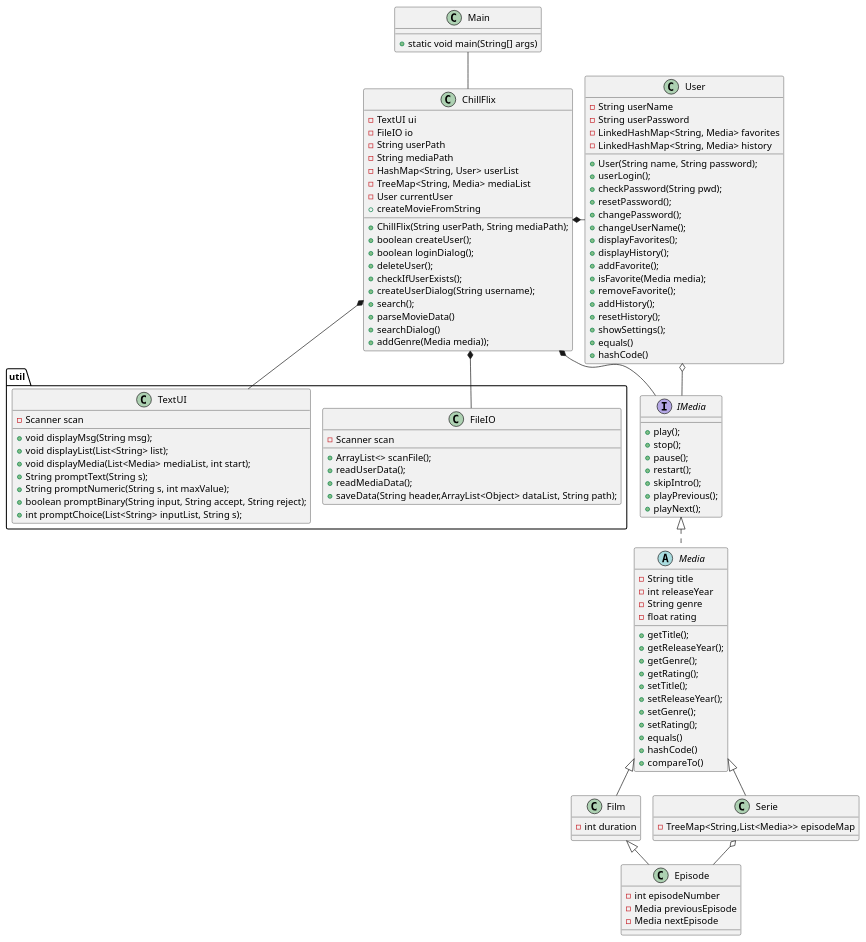
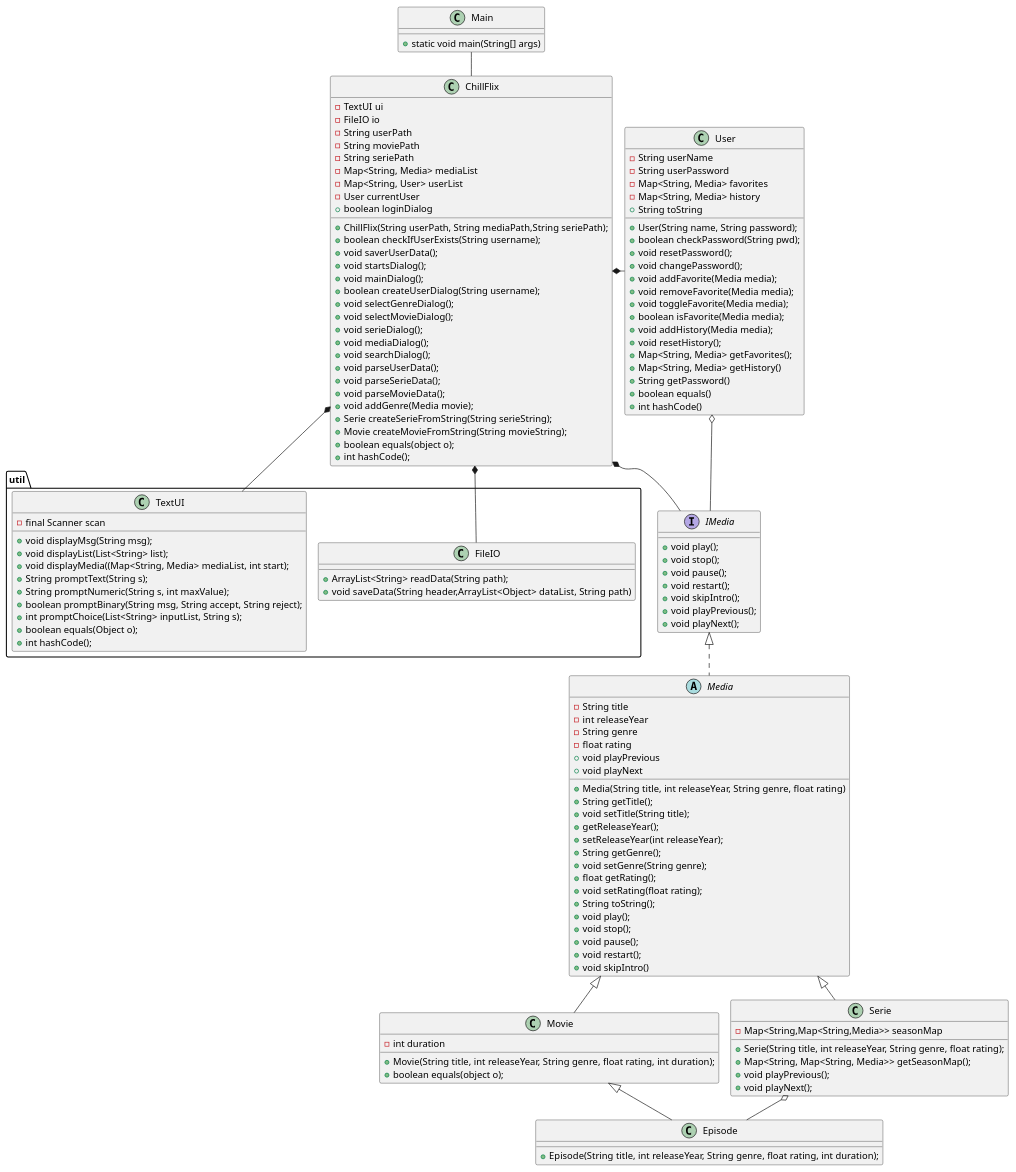
One commit to Falcho/SP3 changed the diagram in docs/classDiagram.puml. Above: the diagram before and after it, drawn with PlantUML.

Commit message:
rettet klassediagrammet:)

```diff
--- a/docs/classDiagram.puml
+++ b/docs/classDiagram.puml
@@ -1,128 +1,149 @@
 @startuml
 'https://plantuml.com/class-diagram
 !pragma layout smetana
 
 Class Main{
 +static void main(String[] args)
 }
 
 Class ChillFlix{
 -TextUI ui
 -FileIO io
 -String userPath
--String mediaPath
--HashMap<String, User> userList
--TreeMap<String, Media> mediaList
+-String moviePath
+-String seriePath
+-Map<String, Media> mediaList
+-Map<String, User> userList
 -User currentUser
-+ChillFlix(String userPath, String mediaPath);
-+boolean createUser();
-+boolean loginDialog();
-+deleteUser();
-+checkIfUserExists();
-+createUserDialog(String username);
-+search();
-+parseMovieData()
-+createMovieFromString
-+searchDialog()
-+addGenre(Media media));
++ChillFlix(String userPath, String mediaPath,String seriePath);
++boolean checkIfUserExists(String username);
++void saverUserData();
++void startsDialog();
++void mainDialog();
++boolean loginDialog
++boolean createUserDialog(String username);
++void selectGenreDialog();
++void selectMovieDialog();
++void serieDialog();
++void mediaDialog();
++void searchDialog();
++void parseUserData();
++void parseSerieData();
++void parseMovieData();
++void addGenre(Media movie);
++Serie createSerieFromString(String serieString);
++Movie createMovieFromString(String movieString);
++boolean equals(object o);
++int hashCode();
 }
 
 
 Class User{
 -String userName
 -String userPassword
--LinkedHashMap<String, Media> favorites
--LinkedHashMap<String, Media> history
+-Map<String, Media> favorites
+-Map<String, Media> history
 +User(String name, String password);
-+userLogin();
-+checkPassword(String pwd);
-+resetPassword();
-+changePassword();
-+changeUserName();
-+displayFavorites();
-+displayHistory();
-+addFavorite();
-+isFavorite(Media media);
-+removeFavorite();
-+addHistory();
-+resetHistory();
-+showSettings();
-+equals()
-+hashCode()
++boolean checkPassword(String pwd);
++void resetPassword();
++void changePassword();
++void addFavorite(Media media);
++void removeFavorite(Media media);
++void toggleFavorite(Media media);
++boolean isFavorite(Media media);
++void addHistory(Media media);
++void resetHistory();
++Map<String, Media> getFavorites();
++Map<String, Media> getHistory()
++String getPassword()
++boolean equals()
++int hashCode()
++String toString
 }
 
 Interface IMedia{
-+play();
-+stop();
-+pause();
-+restart();
-+skipIntro();
-+playPrevious();
-+playNext();
++void play();
++void stop();
++void pause();
++void restart();
++void skipIntro();
++void playPrevious();
++void playNext();
 }
 abstract Class Media{
 -String title
 -int releaseYear
 -String genre
 -float rating
-+getTitle();
++Media(String title, int releaseYear, String genre, float rating)
++String getTitle();
++void setTitle(String title);
 +getReleaseYear();
-+getGenre();
-+getRating();
-+setTitle();
-+setReleaseYear();
-+setGenre();
-+setRating();
-+equals()
-+hashCode()
-+compareTo()
++setReleaseYear(int releaseYear);
++String getGenre();
++void setGenre(String genre);
++float getRating();
++void setRating(float rating);
++String toString();
++void play();
++void stop();
++void pause();
++void restart();
++void skipIntro()
++void playPrevious
++void playNext
 }
 
-Class Film {
+Class Movie {
 -int duration
++Movie(String title, int releaseYear, String genre, float rating, int duration);
++boolean equals(object o);
 }
 
 Class Serie{
--TreeMap<String,List<Media>> episodeMap
+-Map<String,Map<String,Media>> seasonMap
++Serie(String title, int releaseYear, String genre, float rating);
++Map<String, Map<String, Media>> getSeasonMap();
++void playPrevious();
++ void playNext();
 }
 
 
 Class Episode{
--int episodeNumber
--Media previousEpisode
--Media nextEpisode
++Episode(String title, int releaseYear, String genre, float rating, int duration);
 }
 package util {
     Class FileIO{
-    -Scanner scan
-    +ArrayList<> scanFile();
-    +readUserData();
-    +readMediaData();
-    +saveData(String header,ArrayList<Object> dataList, String path);
+    +ArrayList<String> readData(String path);
+    +void saveData(String header,ArrayList<Object> dataList, String path)
     }
 
+
     Class TextUI{
-    -Scanner scan
+    - final Scanner scan
     +void displayMsg(String msg);
     +void displayList(List<String> list);
-    +void displayMedia(List<Media> mediaList, int start);
+    +void displayMedia((Map<String, Media> mediaList, int start);
     +String promptText(String s);
     +String promptNumeric(String s, int maxValue);
-    +boolean promptBinary(String input, String accept, String reject);
+    +boolean promptBinary(String msg, String accept, String reject);
     +int promptChoice(List<String> inputList, String s);
+    +boolean equals(Object o);
+    +int hashCode();
     }
 }
 
-Film <|-- Episode
-Media <|-- Film
+
+Movie <|-- Episode
+Media <|-- Movie
 Media <|-- Serie
 Serie o-- Episode
 IMedia <|.. Media
 ChillFlix *- User
 ChillFlix *-- IMedia
 ChillFlix *-- FileIO
 ChillFlix *-- TextUI
 Main -- ChillFlix
 User o- IMedia
 
 @enduml
```
